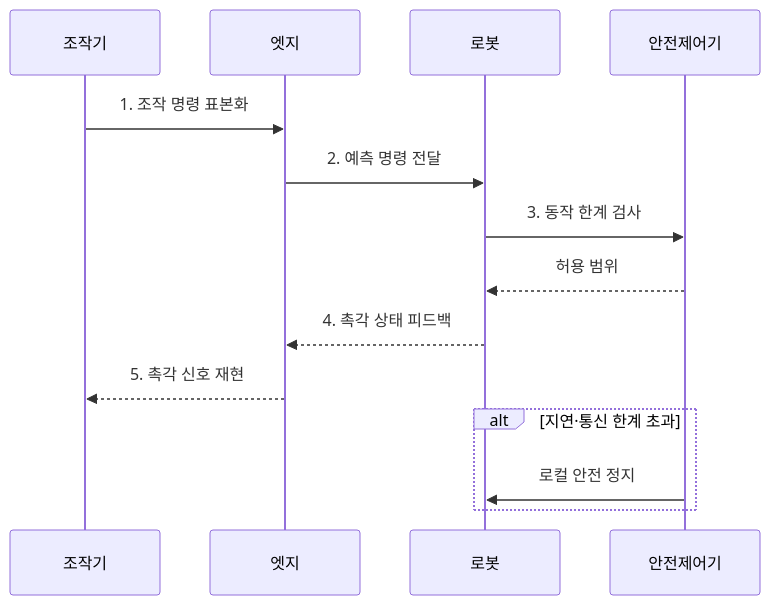
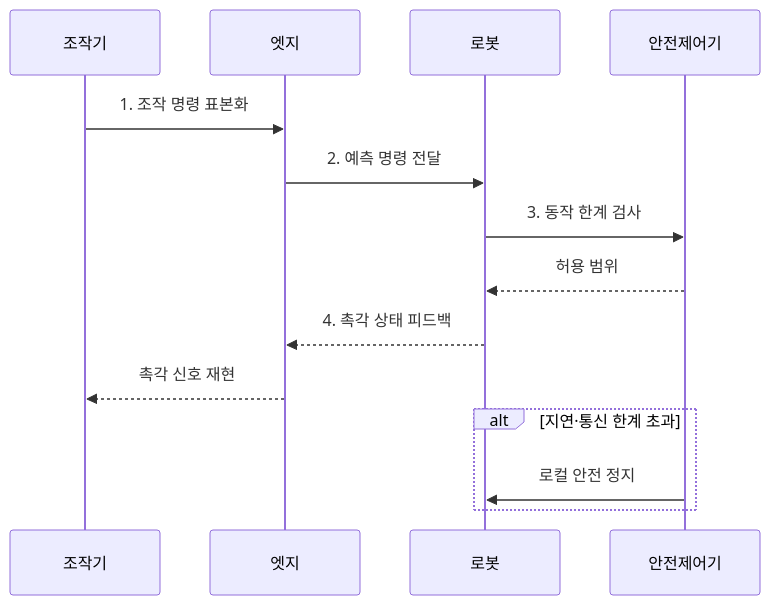
Before and after one commit to agnusdei1207/knowledge-base: the second of 2 diagrams in src/content/docs/notes/04-network/085_tactile_internet.md, drawn with Mermaid. The commit also changed other lines of this file and 20 other files, not shown here.

````diff
--- a/src/content/docs/notes/04-network/085_tactile_internet.md
+++ b/src/content/docs/notes/04-network/085_tactile_internet.md
@@ -76,16 +84,16 @@
 ```mermaid
 sequenceDiagram
     participant 조작기
     participant 엣지
     participant 로봇
     participant 안전제어기
     조작기->>엣지: 1. 조작 명령 표본화
     엣지->>로봇: 2. 예측 명령 전달
     로봇->>안전제어기: 3. 동작 한계 검사
     안전제어기-->>로봇: 허용 범위
     로봇-->>엣지: 4. 촉각 상태 피드백
-    엣지-->>조작기: 5. 촉각 신호 재현
+    엣지-->>조작기: 촉각 신호 재현
     alt 지연·통신 한계 초과
         안전제어기->>로봇: 로컬 안전 정지
     end
 ```
````
